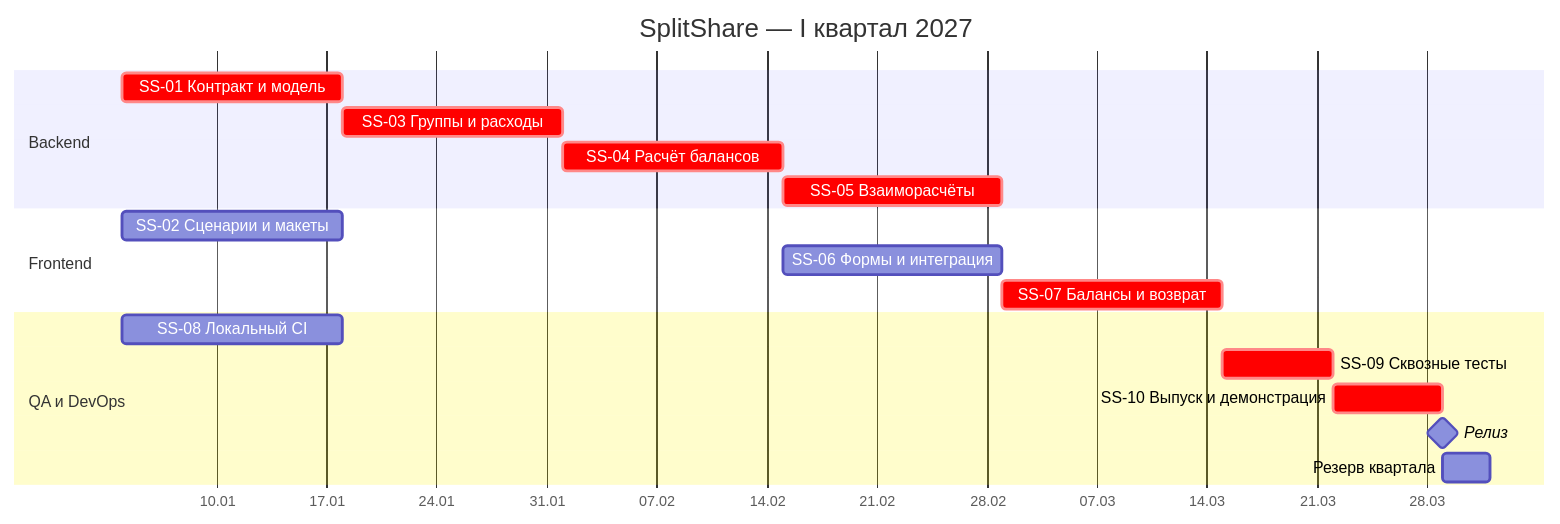
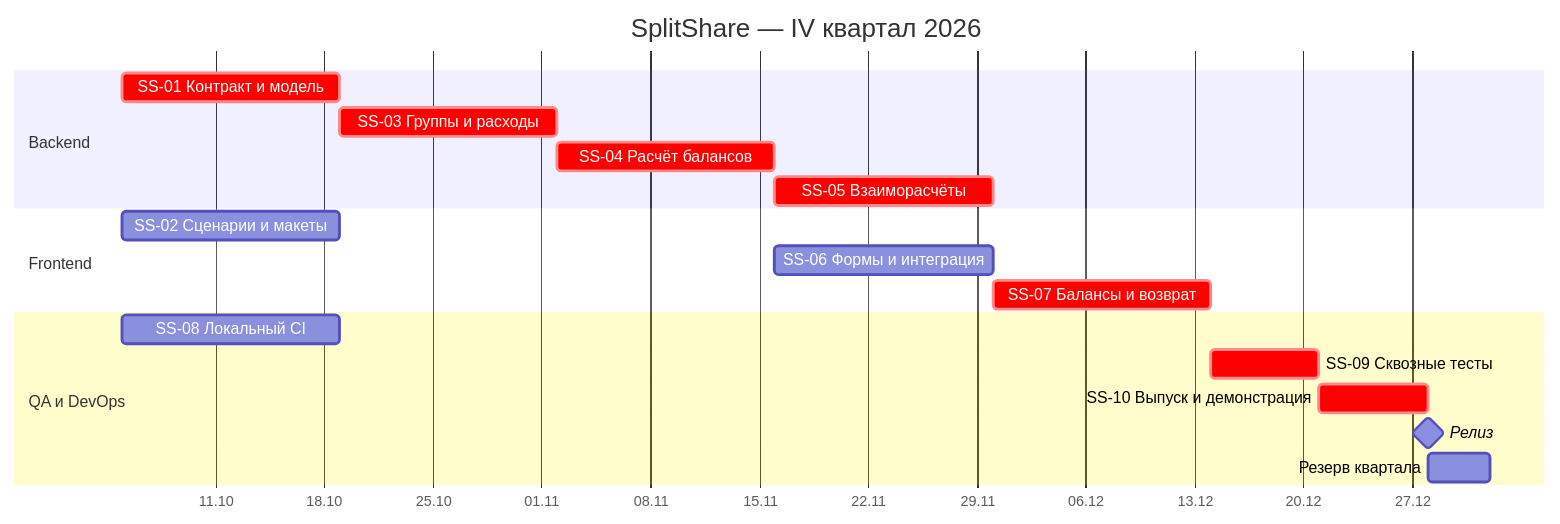
One commit to eductionnn-netizen/splitshare changed the first of 2 diagrams in wiki/Quarter-plan.md. Above: the diagram before and after it, drawn with Mermaid. The commit also changed other lines of this file and 1 other file, not shown here.

Commit message:
docs: align Q4 Gantt with native issue dependencies

````diff
--- a/wiki/Quarter-plan.md
+++ b/wiki/Quarter-plan.md
@@ -25,21 +26,21 @@
 ```mermaid
 gantt
-    title SplitShare — I квартал 2027
+    title SplitShare — IV квартал 2026
     dateFormat YYYY-MM-DD
     axisFormat %d.%m
     section Backend
-    SS-01 Контракт и модель          :crit, contract, 2027-01-04, 14d
-    SS-03 Группы и расходы           :crit, expenses, after contract, 14d
+    SS-01 Контракт и модель          :crit, contract, 2026-10-05, 14d
+    SS-03 Группы и расходы           :crit, expenses, after contract design, 14d
     SS-04 Расчёт балансов            :crit, balances, after expenses, 14d
     SS-05 Взаиморасчёты              :crit, settlements, after balances, 14d
     section Frontend
-    SS-02 Сценарии и макеты          :design, 2027-01-04, 14d
+    SS-02 Сценарии и макеты          :design, 2026-10-05, 14d
     SS-06 Формы и интеграция         :forms, after balances design, 14d
     SS-07 Балансы и возврат          :crit, dashboard, after settlements forms, 14d
     section QA и DevOps
-    SS-08 Локальный CI               :pipeline, 2027-01-04, 14d
+    SS-08 Локальный CI               :pipeline, 2026-10-05, 14d
     SS-09 Сквозные тесты             :crit, e2e, after dashboard pipeline, 7d
     SS-10 Выпуск и демонстрация      :crit, release, after e2e, 7d
     Релиз                           :milestone, after release, 0d
-    Резерв квартала                  :buffer, 2027-03-29, 3d
+    Резерв квартала                  :buffer, 2026-12-28, 4d
 ```
````
